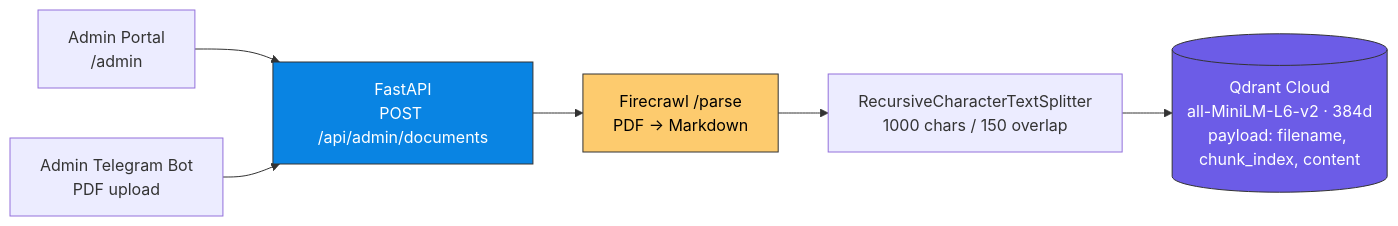
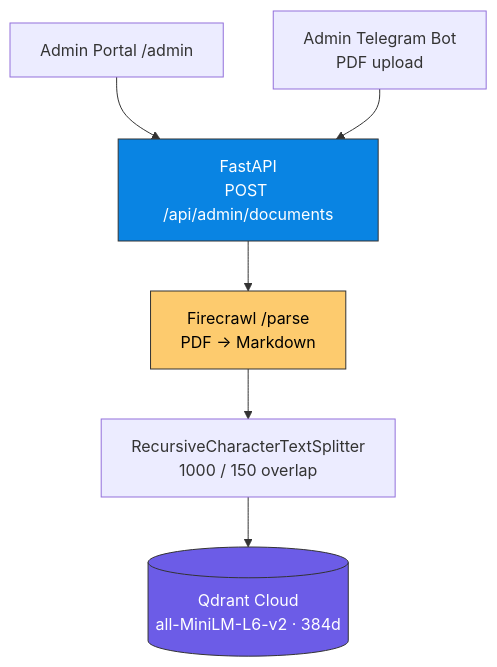
Before and after one commit to Kamal-Nayan-Kumar/campus_saathi: the first of 3 diagrams in README.md, drawn with Mermaid. The commit also changed other lines of this file, not shown here.

Commit message:
fix: switch mermaid to TD layout so GitHub toolbar does not cover nodes

````diff
--- a/README.md
+++ b/README.md
@@ -44,12 +42,12 @@
 ```mermaid
-flowchart LR
-    A1[Admin Portal<br>/admin] --> API[FastAPI<br/>POST /api/admin/documents]
+flowchart TD
+    A1[Admin Portal /admin] --> API[FastAPI<br/>POST /api/admin/documents]
     A2[Admin Telegram Bot<br/>PDF upload] --> API
     API --> B[Firecrawl /parse<br/>PDF → Markdown]
-    B --> C[RecursiveCharacterTextSplitter<br/>1000 chars / 150 overlap]
-    C --> D[(Qdrant Cloud<br/>all-MiniLM-L6-v2 · 384d<br/>payload: filename, chunk_index, content)]
+    B --> C[RecursiveCharacterTextSplitter<br/>1000 / 150 overlap]
+    C --> D[(Qdrant Cloud<br/>all-MiniLM-L6-v2 · 384d)]
 
     style D fill:#6C5CE7,stroke:#333,color:#fff
     style API fill:#0984E3,stroke:#333,color:#fff
     style B fill:#FDCB6E,stroke:#333,color:#000
 ```
````
